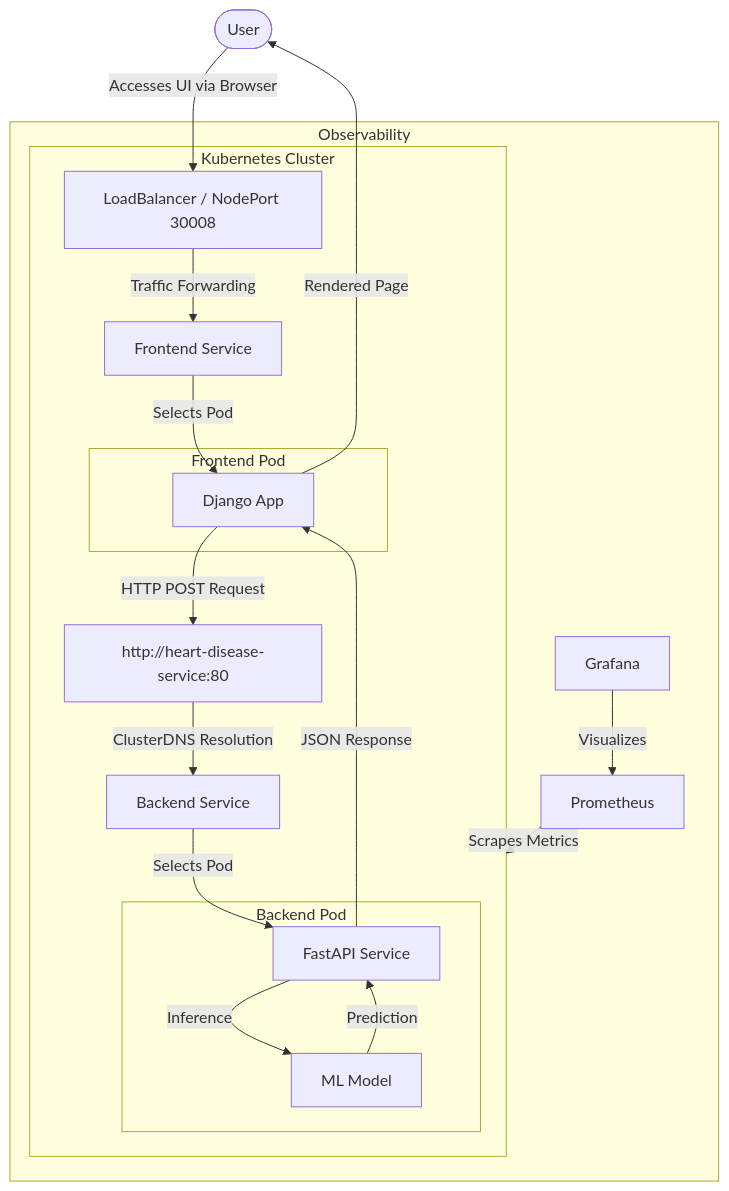
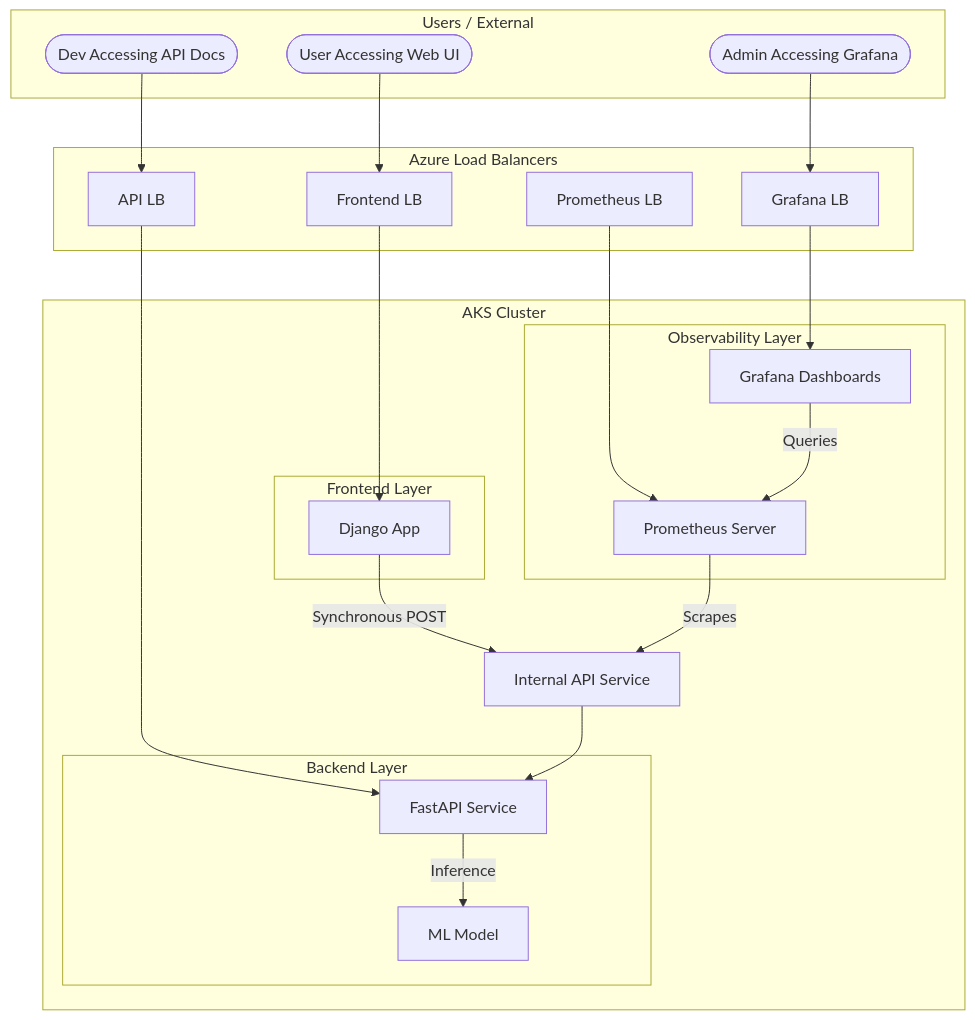
The diagram in SERVICE_ARCHITECTURE.md (2024ab05112/heart-disease-app), drawn with Mermaid before and after one commit. The commit also changed other lines of this file and 10 other files, not shown here.

Commit message:
Decentralized Architecture: Moving to multiple FQDNs and removing Django Proxy complexity

````diff
--- a/SERVICE_ARCHITECTURE.md
+++ b/SERVICE_ARCHITECTURE.md
@@ -9,34 +9,48 @@
 ```mermaid
 graph TD
-    User([User]) -->|Accesses UI via Browser| ExtLB[LoadBalancer / NodePort 30008]
-    
-    subgraph K8s_Cluster [Kubernetes Cluster]
+    subgraph Users [Users / External]
+        U1([User Accessing Web UI])
+        U2([Dev Accessing API Docs])
+        U3([Admin Accessing Grafana])
+    end
+
+    subgraph Azure_LoadBalancers [Azure Load Balancers]
+        LB_Fnd[Frontend LB]
+        LB_API[API LB]
+        LB_GF[Grafana LB]
+        LB_PR[Prometheus LB]
+    end
+
+    subgraph K8s_Cluster [AKS Cluster]
         
-        subgraph Frontend_Pod [Frontend Pod]
+        subgraph Frontend_Group [Frontend Layer]
             Django[Django App]
         end
         
-        subgraph Backend_Pod [Backend Pod]
+        subgraph Backend_Group [Backend Layer]
             FastAPI[FastAPI Service]
             MLModel[ML Model]
         end
         
-        ExtLB -->|Traffic Forwarding| Frontend_Svc[Frontend Service]
-        Frontend_Svc -->|Selects Pod| Django
-        
-        Django -->|HTTP POST Request| Backend_DNS[http://heart-disease-service:80]
-        Backend_DNS -->|ClusterDNS Resolution| Backend_Svc[Backend Service]
-        Backend_Svc -->|Selects Pod| FastAPI
-        
+        subgraph Monitoring_Group [Observability Layer]
+            Prometheus[Prometheus Server]
+            Grafana[Grafana Dashboards]
+        end
+
+        %% Connections
+        LB_Fnd --> Django
+        LB_API --> FastAPI
+        LB_GF --> Grafana
+        LB_PR --> Prometheus
+
+        Django -->|Synchronous POST| Backend_Svc[Internal API Service]
+        Backend_Svc --> FastAPI
         FastAPI -->|Inference| MLModel
-        MLModel -->|Prediction| FastAPI
-        FastAPI -->|JSON Response| Django
+        Prometheus -->|Scrapes| Backend_Svc
+        Grafana -->|Queries| Prometheus
     end
-    
-    Django -->|Rendered Page| User
-    
-    subgraph Monitoring [Observability]
-        Prometheus -->|Scrapes Metrics| K8s_Cluster
-        Grafana -->|Visualizes| Prometheus
-    end
+
+    U1 --> LB_Fnd
+    U2 --> LB_API
+    U3 --> LB_GF
 ```
````
